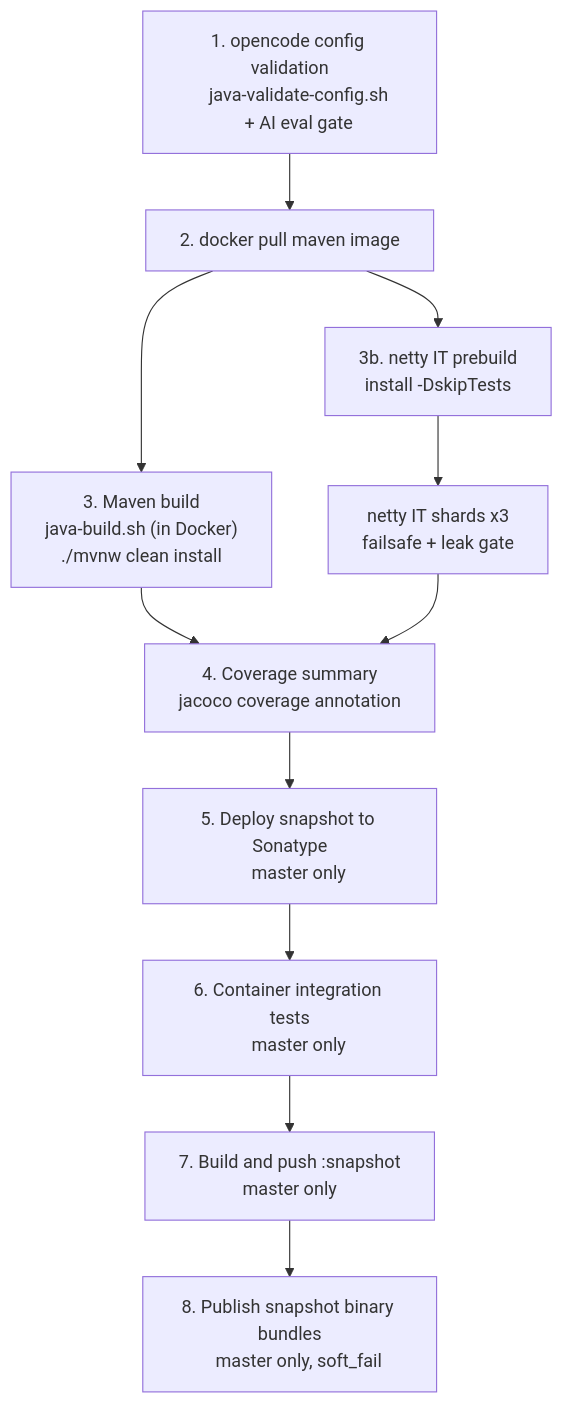
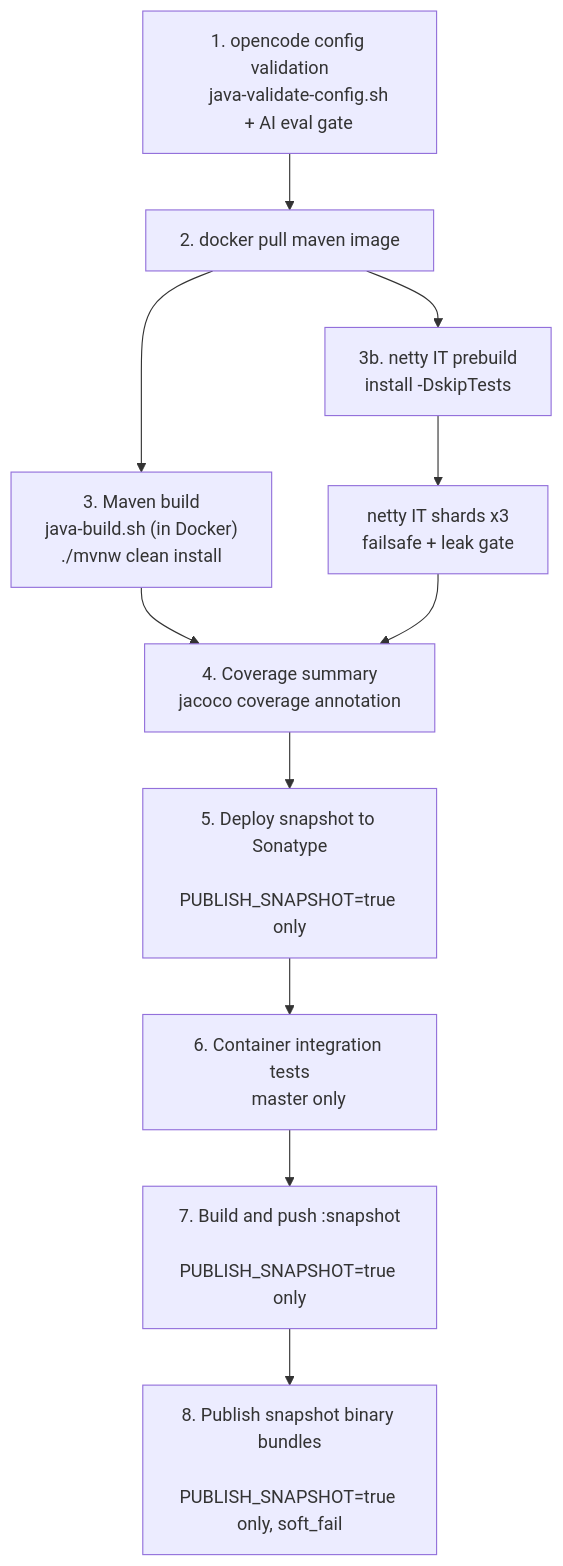
One commit to mock-server/mockserver-monorepo changed the sixth of 15 diagrams in docs/infrastructure/ci-cd.md. Above: the diagram before and after it, drawn with Mermaid. The commit also changed other lines of this file and 27 other files, not shown here.

First line of the commit message:
ci(java): publish snapshots nightly instead of on every master merge

````diff
--- a/docs/infrastructure/ci-cd.md
+++ b/docs/infrastructure/ci-cd.md
@@ -637,26 +638,26 @@
 ```mermaid
 flowchart TD
     CONFIG["1. opencode config validation
     java-validate-config.sh
     + AI eval gate"]
     PULL["2. docker pull maven image"]
     CONFIG --> PULL
     PULL --> BUILD["3. Maven build
     java-build.sh (in Docker)
     ./mvnw clean install"]
     PULL --> PRE["3b. netty IT prebuild
     install -DskipTests"]
     PRE --> SHARDS["netty IT shards x3
     failsafe + leak gate"]
     BUILD --> SUMMARY["4. Coverage summary
     jacoco coverage annotation"]
     SHARDS --> SUMMARY
     SUMMARY --> DEPLOY["5. Deploy snapshot to Sonatype
-    master only"]
+    PUBLISH_SNAPSHOT=true only"]
     DEPLOY --> CTESTS["6. Container integration tests
     master only"]
     CTESTS --> PUSH["7. Build and push :snapshot
-    master only"]
+    PUBLISH_SNAPSHOT=true only"]
     PUSH --> BUNDLES["8. Publish snapshot binary bundles
-    master only, soft_fail"]
+    PUBLISH_SNAPSHOT=true only, soft_fail"]
 ```
````
